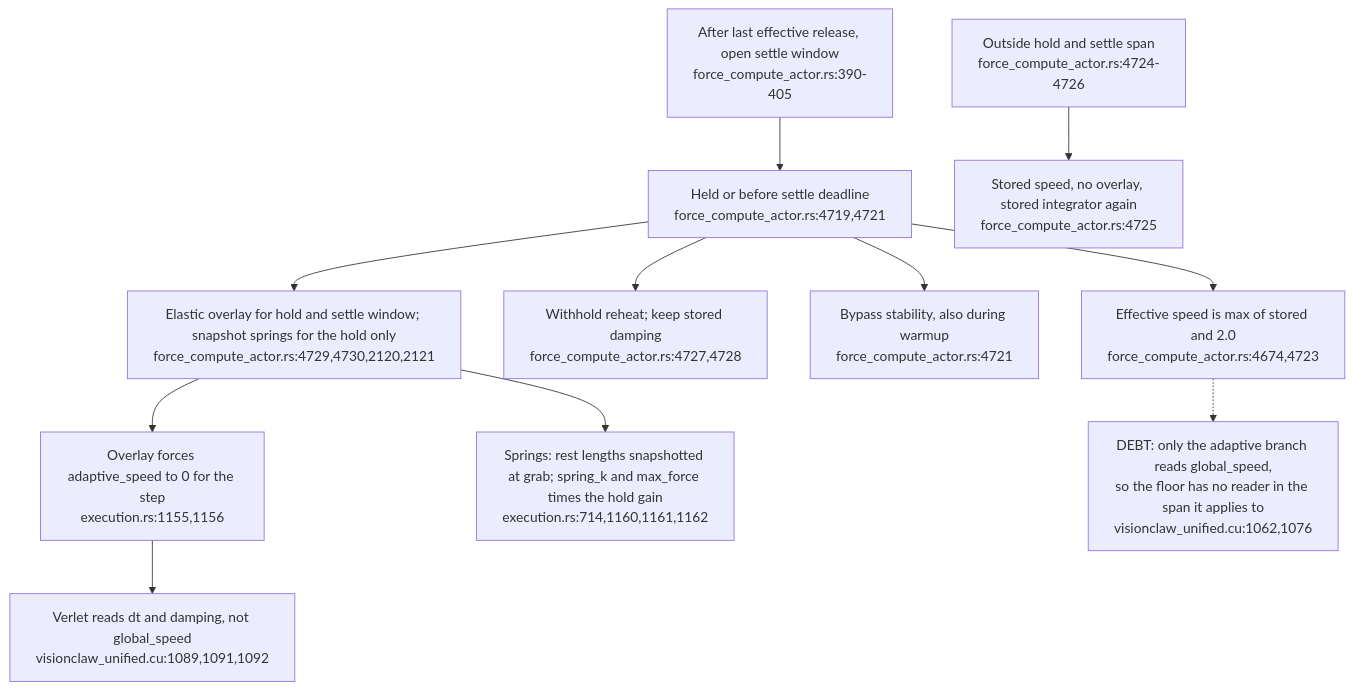
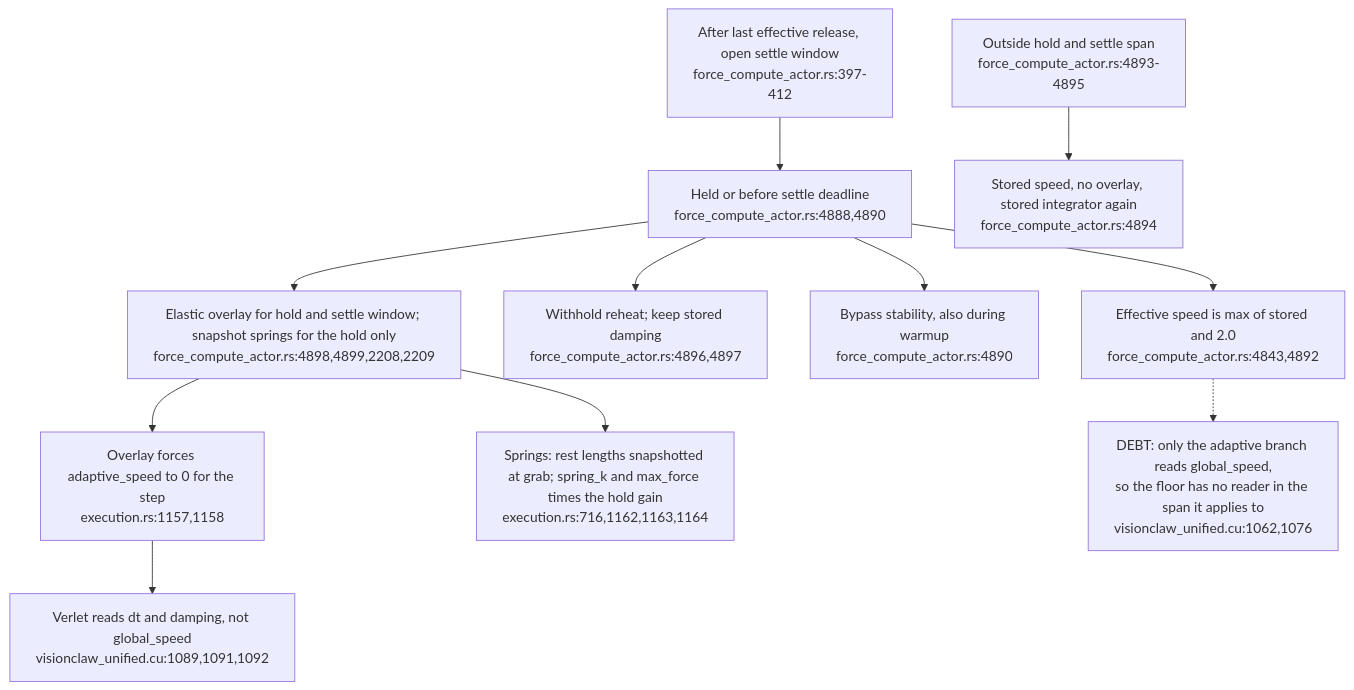
One commit to DreamLab-AI/VisionFlow changed the third of 7 diagrams in docs/diagrams/visionclaw/52-drag-holds-and-observation-gates.md. Above: the diagram before and after it, drawn with Mermaid. The commit also changed other lines of this file and 6 other files, not shown here.

First line of the commit message:
diagrams(visionclaw): re-verify VC-51..57 at visionclaw 4900ec60

````diff
--- a/docs/diagrams/visionclaw/52-drag-holds-and-observation-gates.md
+++ b/docs/diagrams/visionclaw/52-drag-holds-and-observation-gates.md
@@ -71,13 +71,13 @@
 ```mermaid
 flowchart TD
-    RELEASE["After last effective release, open settle window<br/>force_compute_actor.rs:390-405"] --> SPAN["Held or before settle deadline<br/>force_compute_actor.rs:4719,4721"]
-    SPAN --> SPEED["Effective speed is max of stored and 2.0<br/>force_compute_actor.rs:4674,4723"]
-    SPAN --> HEAT["Withhold reheat; keep stored damping<br/>force_compute_actor.rs:4727,4728"]
-    SPAN --> BYPASS["Bypass stability, also during warmup<br/>force_compute_actor.rs:4721"]
-    SPAN --> OVER["Elastic overlay for hold and settle window; snapshot springs for the hold only<br/>force_compute_actor.rs:4729,4730,2120,2121"]
-    OVER --> VERLET["Overlay forces adaptive_speed to 0 for the step<br/>execution.rs:1155,1156"]
-    OVER --> GAIN["Springs: rest lengths snapshotted at grab; spring_k and max_force times the hold gain<br/>execution.rs:714,1160,1161,1162"]
+    RELEASE["After last effective release, open settle window<br/>force_compute_actor.rs:397-412"] --> SPAN["Held or before settle deadline<br/>force_compute_actor.rs:4888,4890"]
+    SPAN --> SPEED["Effective speed is max of stored and 2.0<br/>force_compute_actor.rs:4843,4892"]
+    SPAN --> HEAT["Withhold reheat; keep stored damping<br/>force_compute_actor.rs:4896,4897"]
+    SPAN --> BYPASS["Bypass stability, also during warmup<br/>force_compute_actor.rs:4890"]
+    SPAN --> OVER["Elastic overlay for hold and settle window; snapshot springs for the hold only<br/>force_compute_actor.rs:4898,4899,2208,2209"]
+    OVER --> VERLET["Overlay forces adaptive_speed to 0 for the step<br/>execution.rs:1157,1158"]
+    OVER --> GAIN["Springs: rest lengths snapshotted at grab; spring_k and max_force times the hold gain<br/>execution.rs:716,1162,1163,1164"]
     VERLET --> INT["Verlet reads dt and damping, not global_speed<br/>visionclaw_unified.cu:1089,1091,1092"]
     SPEED -.-> DEAD["DEBT: only the adaptive branch reads global_speed,<br/>so the floor has no reader in the span it applies to<br/>visionclaw_unified.cu:1062,1076"]
-    DONE["Outside hold and settle span<br/>force_compute_actor.rs:4724-4726"] --> STORED["Stored speed, no overlay, stored integrator again<br/>force_compute_actor.rs:4725"]
+    DONE["Outside hold and settle span<br/>force_compute_actor.rs:4893-4895"] --> STORED["Stored speed, no overlay, stored integrator again<br/>force_compute_actor.rs:4894"]
 ```
````
